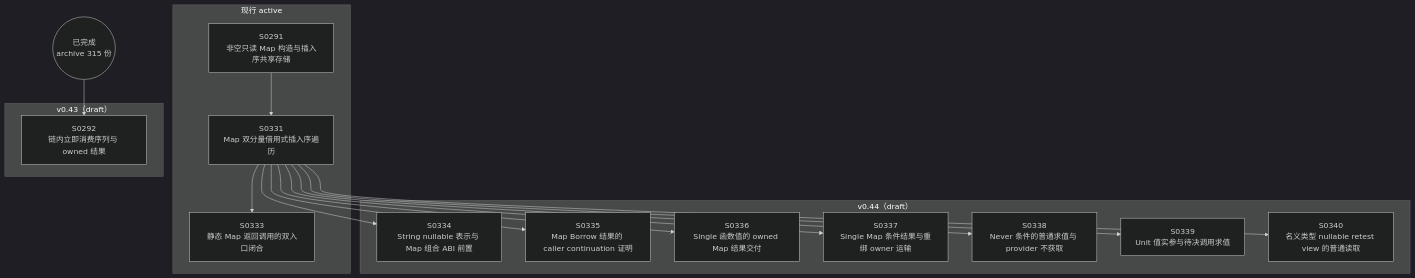
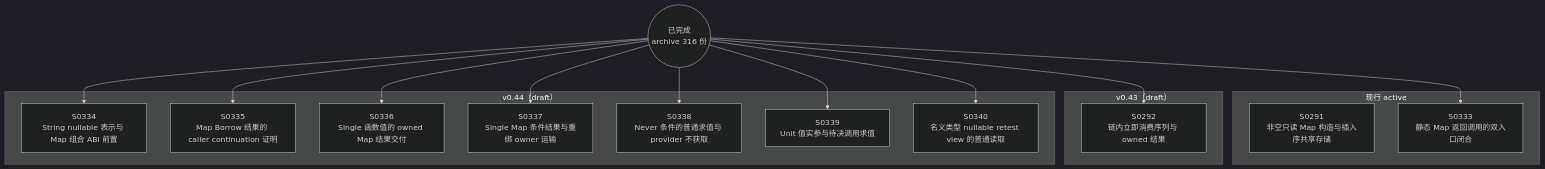
Before and after one commit to Halckon/Koven: the diagram in docs/specs/dependency-graph.md, drawn with Mermaid (dark theme). The commit also changed other lines of this file and 17 other files, not shown here.

Commit message:
docs(spec-0331): archive finite Map borrowed iteration acceptance

````diff
--- a/docs/specs/dependency-graph.md
+++ b/docs/specs/dependency-graph.md
@@ -9,31 +9,29 @@
 ```mermaid
 flowchart TD
-ARCH(("已完成<br/>archive 315 份"))
+ARCH(("已完成<br/>archive 316 份"))
 subgraph Gactive["现行 active"]
   S0291["S0291<br/>非空只读 Map 构造与插入序共享存储"]
-  S0331["S0331<br/>Map 双分量借用式插入序遍历"]
   S0333["S0333<br/>静态 Map 返回调用的双入口闭合"]
 end
 subgraph Gdrafts_v043["v0.43（draft）"]
   S0292["S0292<br/>链内立即消费序列与 owned 结果"]
 end
 subgraph Gdrafts_v044["v0.44（draft）"]
   S0334["S0334<br/>String nullable 表示与 Map 组合 ABI 前置"]
   S0335["S0335<br/>Map Borrow 结果的 caller continuation 证明"]
   S0336["S0336<br/>Single 函数值的 owned Map 结果交付"]
   S0337["S0337<br/>Single Map 条件结果与重绑 owner 运输"]
   S0338["S0338<br/>Never 条件的普通求值与 provider 不获取"]
   S0339["S0339<br/>Unit 值实参与待决调用求值"]
   S0340["S0340<br/>名义类型 nullable retest view 的普通读取"]
 end
-S0291 --> S0331
-S0331 --> S0333
-S0331 --> S0334
-S0331 --> S0335
-S0331 --> S0336
-S0331 --> S0337
-S0331 --> S0338
-S0331 --> S0339
-S0331 --> S0340
 ARCH --> S0292
+ARCH --> S0333
+ARCH --> S0334
+ARCH --> S0335
+ARCH --> S0336
+ARCH --> S0337
+ARCH --> S0338
+ARCH --> S0339
+ARCH --> S0340
 ```
````
